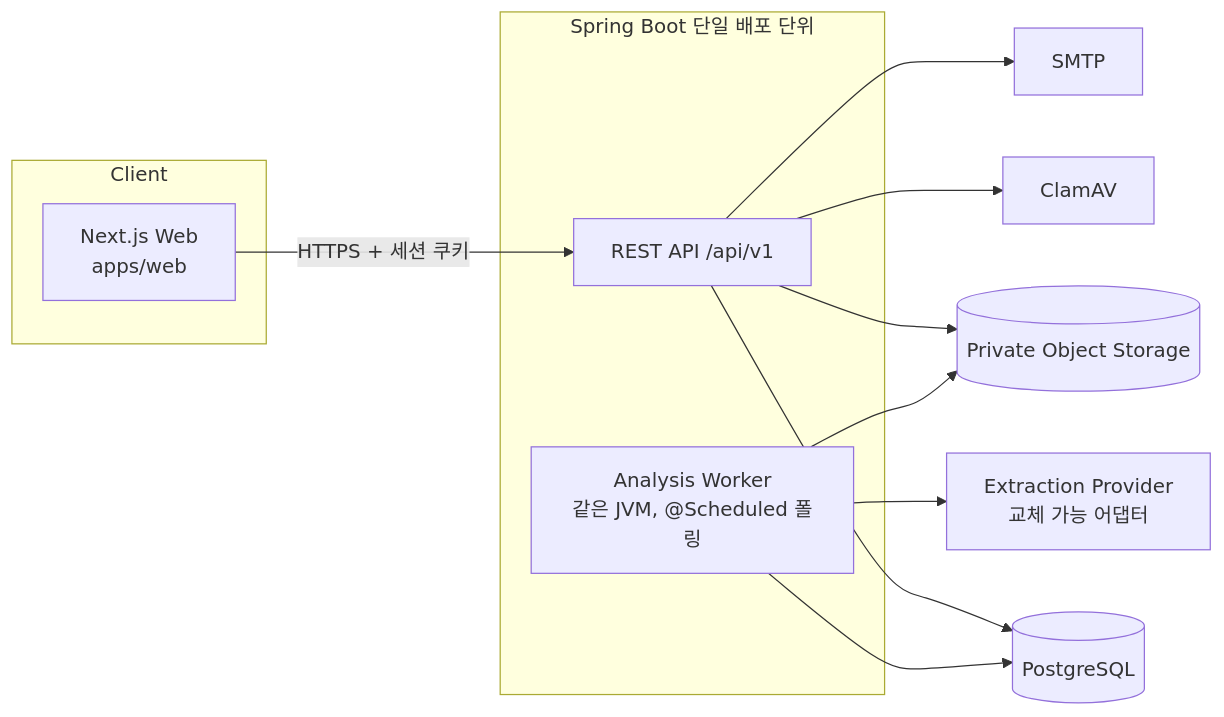
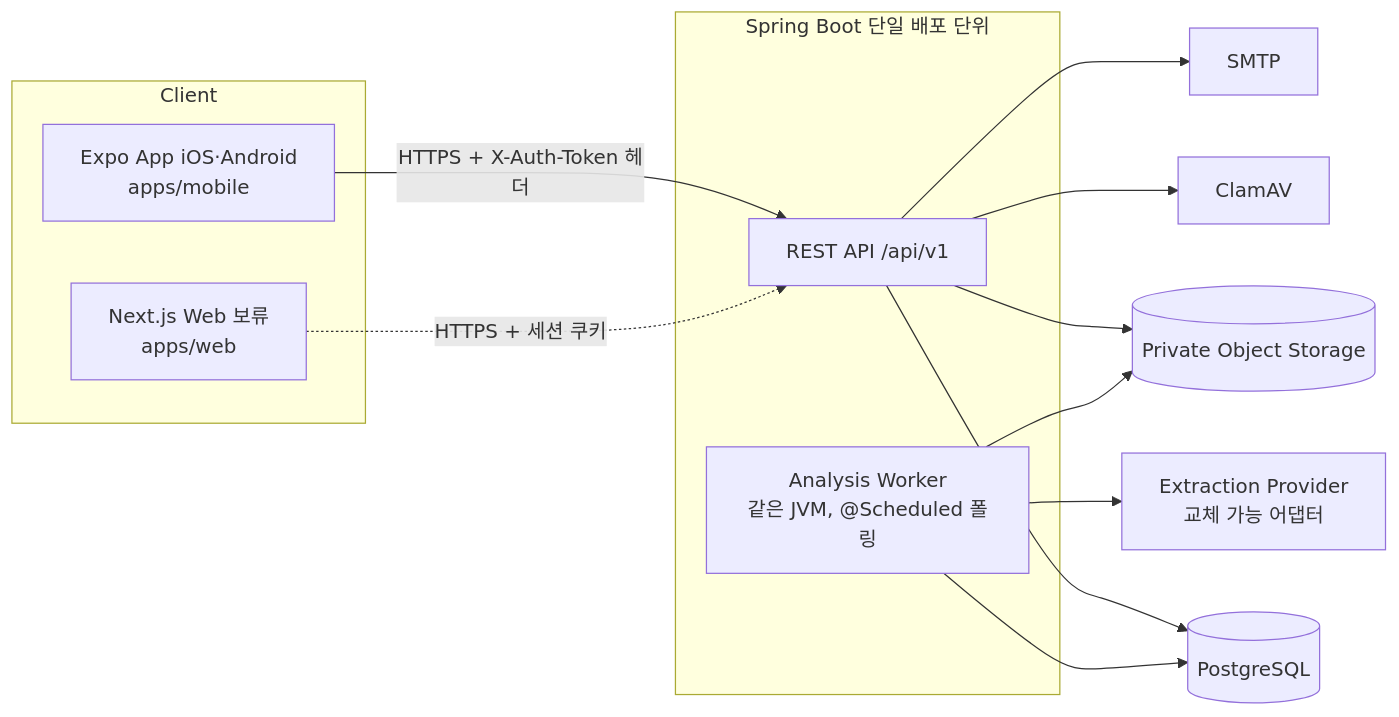
Before and after one commit to devch37/health-note: the diagram in docs/ARCHITECTURE.md, drawn with Mermaid. The commit also changed other lines of this file and 224 other files, not shown here.

````diff
--- a/docs/ARCHITECTURE.md
+++ b/docs/ARCHITECTURE.md
@@ -35,18 +37,20 @@
 ```mermaid
 flowchart LR
     subgraph Client
-      WEB[Next.js Web<br/>apps/web]
+      APP[Expo App iOS·Android<br/>apps/mobile]
+      WEB[Next.js Web 보류<br/>apps/web]
     end
     subgraph Backend[Spring Boot 단일 배포 단위]
       API[REST API /api/v1]
       WORKER[Analysis Worker<br/>같은 JVM, @Scheduled 폴링]
     end
-    WEB -- HTTPS + 세션 쿠키 --> API
+    APP -- HTTPS + X-Auth-Token 헤더 --> API
+    WEB -. HTTPS + 세션 쿠키 .-> API
     API --> PG[(PostgreSQL)]
     WORKER --> PG
     API --> OBJ[(Private Object Storage)]
     WORKER --> OBJ
     API --> AV[ClamAV]
     WORKER --> OCR[Extraction Provider<br/>교체 가능 어댑터]
     API --> MAIL[SMTP]
 ```
````
